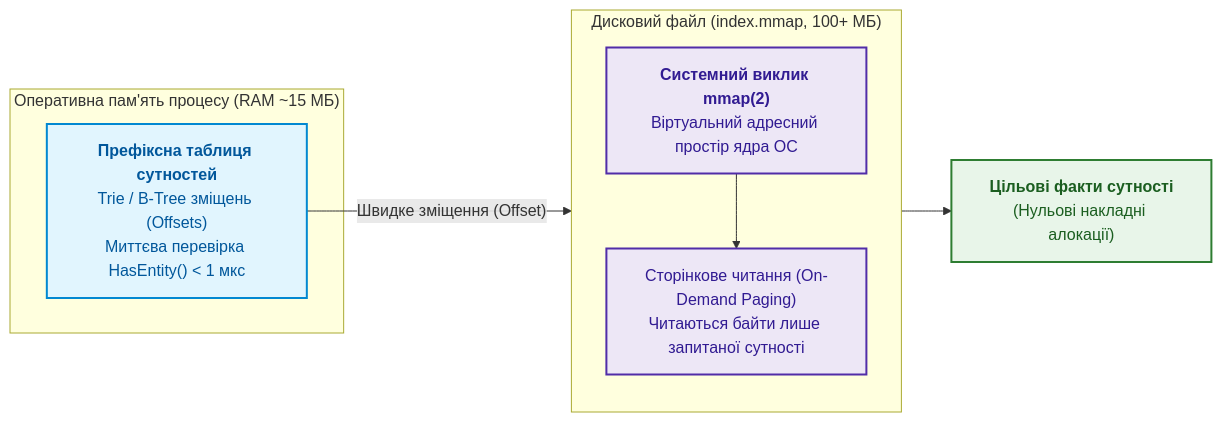
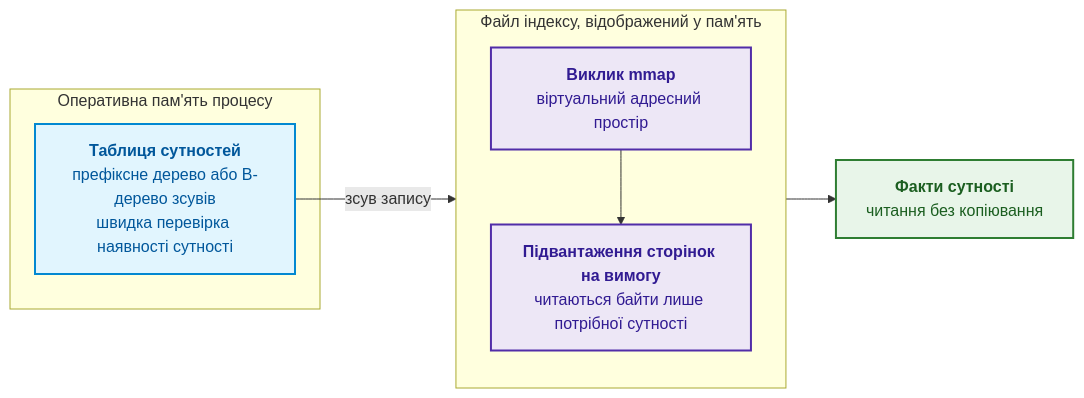
The third of 7 diagrams in ExpertSystem/ch18-execution-infrastructure.md (nick-fedchik/articles), drawn with Mermaid before and after one commit. The commit also changed other lines of this file, not shown here.

````diff
--- a/ExpertSystem/ch18-execution-infrastructure.md
+++ b/ExpertSystem/ch18-execution-infrastructure.md
@@ -114,27 +141,27 @@
 ```mermaid
 flowchart LR
-    accTitle: Дворівнева архітектура двійкового mmap-індексу бази знань
-    accDescr: Компактна таблиця сутностей у RAM для миттєвої валідації та посторінкова підкачка фактів через mmap.
+    accTitle: Дворівневий двійковий індекс бази фактів
+    accDescr: Компактна таблиця сутностей і зсувів лежить в оперативній пам'яті, а повні факти читаються з відображеного файлу посторінково лише для потрібних сутностей.
 
-    subgraph RAM["Оперативна пам'ять процесу (RAM ~15 МБ)"]
-        TRIE["<b>Префіксна таблиця сутностей</b><br/>Trie / B-Tree зміщень (Offsets)<br/>Миттєва перевірка HasEntity() < 1 мкс"]
+    subgraph RAM["Оперативна пам'ять процесу"]
+        TRIE["<b>Таблиця сутностей</b><br/>префіксне дерево або B-дерево зсувів<br/>швидка перевірка наявності сутності"]
     end
 
-    subgraph Disk["Дисковий файл (index.mmap, 100+ МБ)"]
+    subgraph Disk["Файл індексу, відображений у пам'ять"]
         direction TB
-        MMAP["<b>Системний виклик mmap(2)</b><br/>Віртуальний адресний простір ядра ОС"]
-        PAGE["Сторінкове читання (On-Demand Paging)<br/>Читаються байти лише запитаної сутності"]
+        MMAP["<b>Виклик mmap</b><br/>віртуальний адресний простір"]
+        PAGE["<b>Підвантаження сторінок на вимогу</b><br/>читаються байти лише потрібної сутності"]
         MMAP --> PAGE
     end
 
-    TRIE -->|"Швидке зміщення (Offset)"| MMAP
-    PAGE --> FACTS["<b>Цільові факти сутності</b><br/>(Нульові накладні алокації)"]
+    TRIE -->|"зсув запису"| MMAP
+    PAGE --> FACTS["<b>Факти сутності</b><br/>читання без копіювання"]
 
     classDef ram fill:#e1f5fe,stroke:#0288d1,stroke-width:2px,color:#01579b;
     classDef disk fill:#ede7f6,stroke:#512da8,stroke-width:2px,color:#311b92;
     classDef out fill:#e8f5e9,stroke:#2e7d32,stroke-width:2px,color:#1b5e20;
 
     class TRIE ram;
     class MMAP,PAGE disk;
     class FACTS out;
 ```
````
